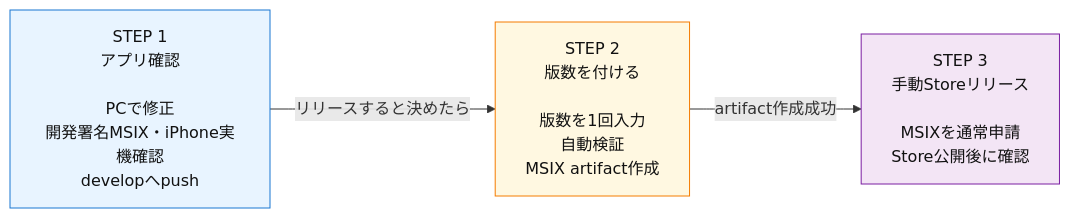
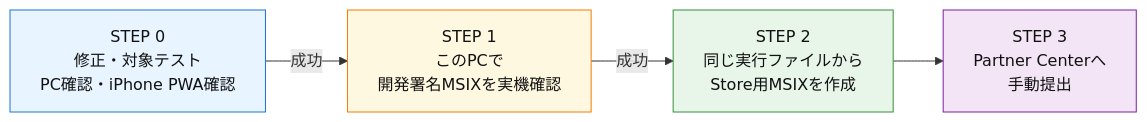
One commit to ore-no-fusen/ore-no-fusen changed the first of 2 diagrams in docs/010_RELEASE.md. Above: the diagram before and after it, drawn with Mermaid. The commit also changed other lines of this file and 2 other files, not shown here.

````diff
--- a/docs/010_RELEASE.md
+++ b/docs/010_RELEASE.md
@@ -7,13 +30,16 @@
 ```mermaid
 flowchart LR
-    A["STEP 1<br/>アプリ確認<br/><br/>PCで修正<br/>開発署名MSIX・iPhone実機確認<br/>developへpush"]
-    B["STEP 2<br/>版数を付ける<br/><br/>版数を1回入力<br/>自動検証<br/>MSIX artifact作成"]
-    C["STEP 3<br/>手動Storeリリース<br/><br/>MSIXを通常申請<br/>Store公開後に確認"]
+    A["STEP 0<br/>修正・対象テスト<br/>PC確認・iPhone PWA確認"]
+    B["STEP 1<br/>このPCで<br/>開発署名MSIXを実機確認"]
+    C["STEP 2<br/>同じ実行ファイルから<br/>Store用MSIXを作成"]
+    D["STEP 3<br/>Partner Centerへ<br/>手動提出"]
 
-    A -->|リリースすると決めたら| B
-    B -->|artifact作成成功| C
+    A -->|成功| B
+    B -->|成功| C
+    C --> D
 
     style A fill:#e8f4ff,stroke:#1976d2,color:#111
     style B fill:#fff8e1,stroke:#f57c00,color:#111
-    style C fill:#f3e5f5,stroke:#7b1fa2,color:#111
+    style C fill:#e8f5e9,stroke:#388e3c,color:#111
+    style D fill:#f3e5f5,stroke:#7b1fa2,color:#111
 ```
````
